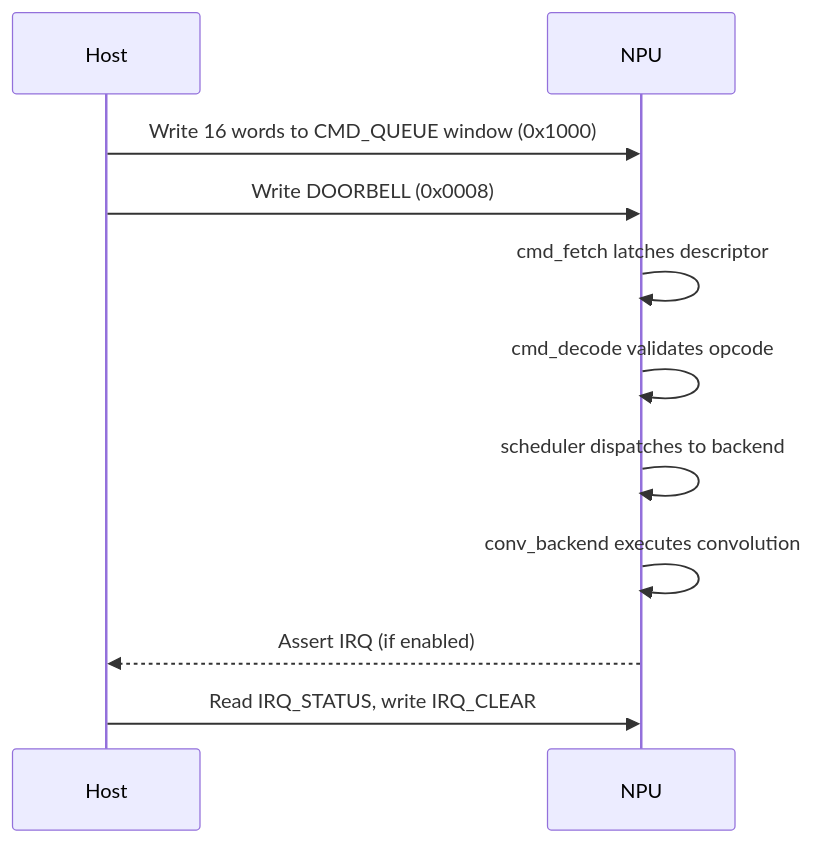
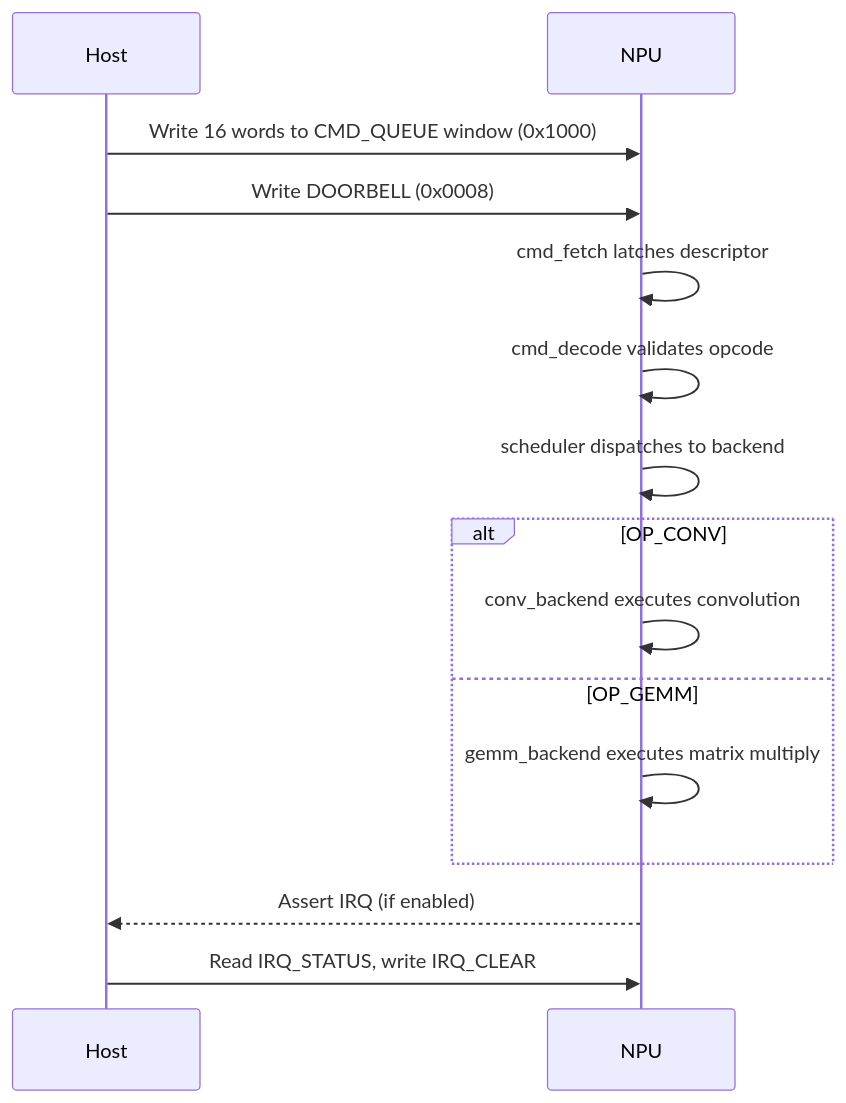
The diagram in docs/spec/command_format.md (Arty3/lg-npu), drawn with Mermaid before and after one commit. The commit also changed other lines of this file and 13 other files, not shown here.

Commit message:
Added GEMM backend

````diff
--- a/docs/spec/command_format.md
+++ b/docs/spec/command_format.md
@@ -52,13 +80,17 @@
 ```mermaid
 sequenceDiagram
     participant Host
     participant NPU
     Host->>NPU: Write 16 words to CMD_QUEUE window (0x1000)
     Host->>NPU: Write DOORBELL (0x0008)
     NPU->>NPU: cmd_fetch latches descriptor
     NPU->>NPU: cmd_decode validates opcode
     NPU->>NPU: scheduler dispatches to backend
-    NPU->>NPU: conv_backend executes convolution
+    alt OP_CONV
+        NPU->>NPU: conv_backend executes convolution
+    else OP_GEMM
+        NPU->>NPU: gemm_backend executes matrix multiply
+    end
     NPU-->>Host: Assert IRQ (if enabled)
     Host->>NPU: Read IRQ_STATUS, write IRQ_CLEAR
 ```
````
